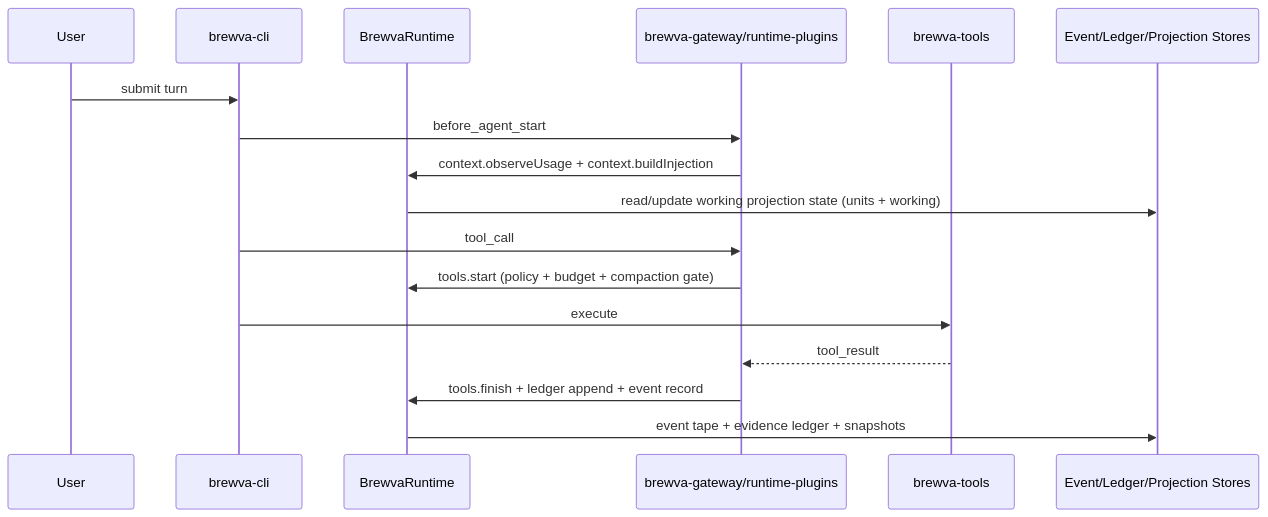
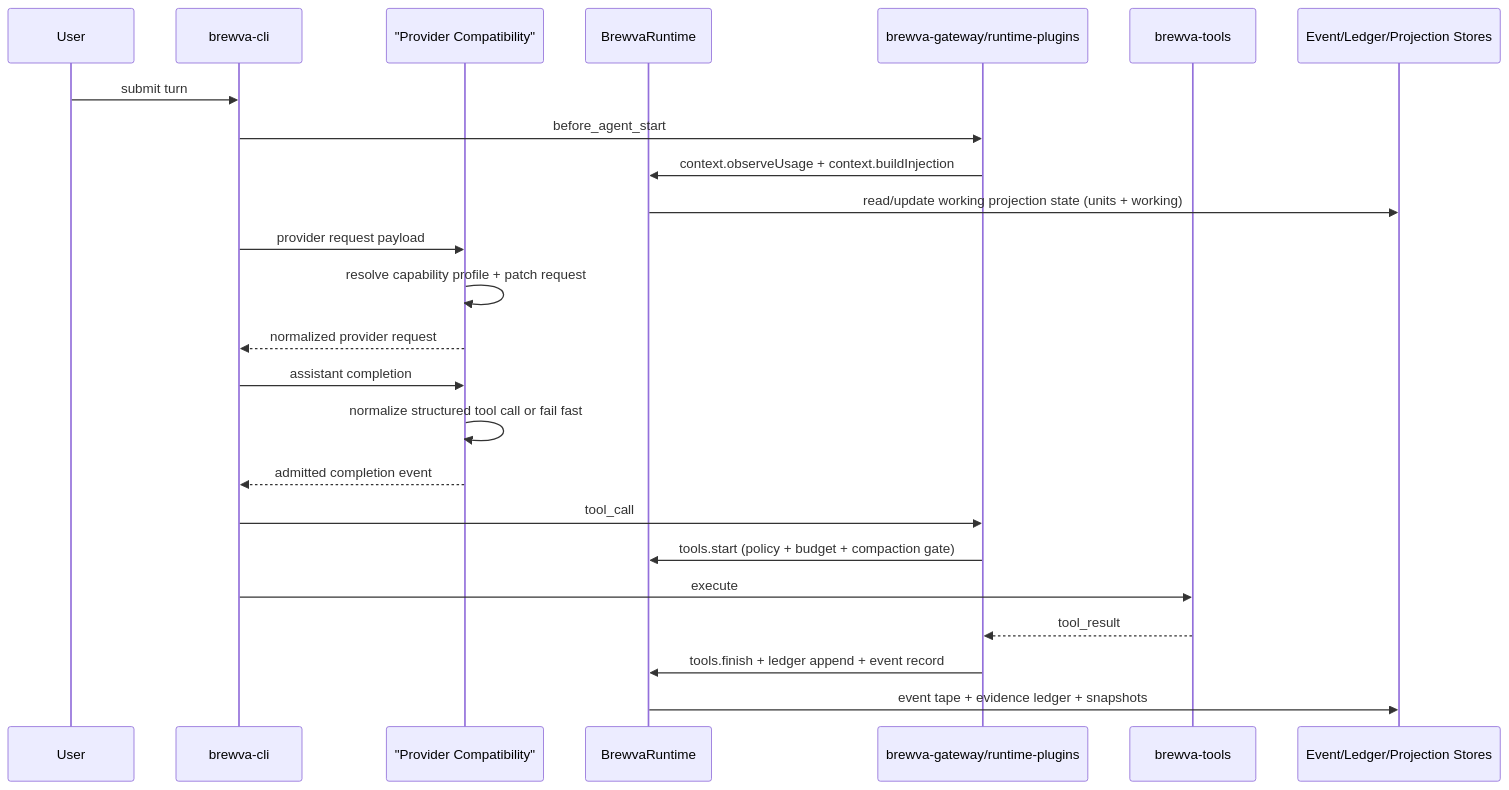
One commit to arcthur/brewva changed the first of 9 diagrams in docs/architecture/control-and-data-flow.md. Above: the diagram before and after it, drawn with Mermaid. The commit also changed other lines of this file and 35 other files, not shown here.

First line of the commit message:
feat(runtime,gateway,tools): land provider compatibility and browser-managed flow

````diff
--- a/docs/architecture/control-and-data-flow.md
+++ b/docs/architecture/control-and-data-flow.md
@@ -7,20 +7,27 @@
 ```mermaid
 sequenceDiagram
   participant U as User
   participant CLI as brewva-cli
+  participant COMP as "Provider Compatibility"
   participant RT as BrewvaRuntime
   participant EXT as brewva-gateway/runtime-plugins
   participant TOOLS as brewva-tools
   participant STORE as Event/Ledger/Projection Stores
 
   U->>CLI: submit turn
   CLI->>EXT: before_agent_start
   EXT->>RT: context.observeUsage + context.buildInjection
   RT->>STORE: read/update working projection state (units + working)
+  CLI->>COMP: provider request payload
+  COMP->>COMP: resolve capability profile + patch request
+  COMP-->>CLI: normalized provider request
+  CLI->>COMP: assistant completion
+  COMP->>COMP: normalize structured tool call or fail fast
+  COMP-->>CLI: admitted completion event
   CLI->>EXT: tool_call
   EXT->>RT: tools.start (policy + budget + compaction gate)
   CLI->>TOOLS: execute
   TOOLS-->>EXT: tool_result
   EXT->>RT: tools.finish + ledger append + event record
   RT->>STORE: event tape + evidence ledger + snapshots
 ```
````
